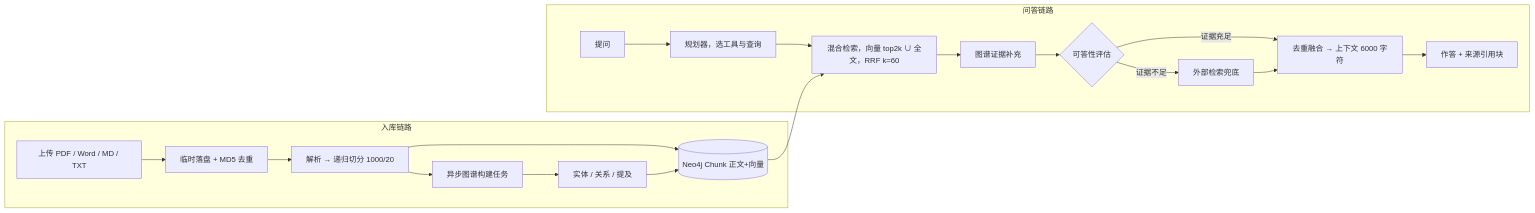
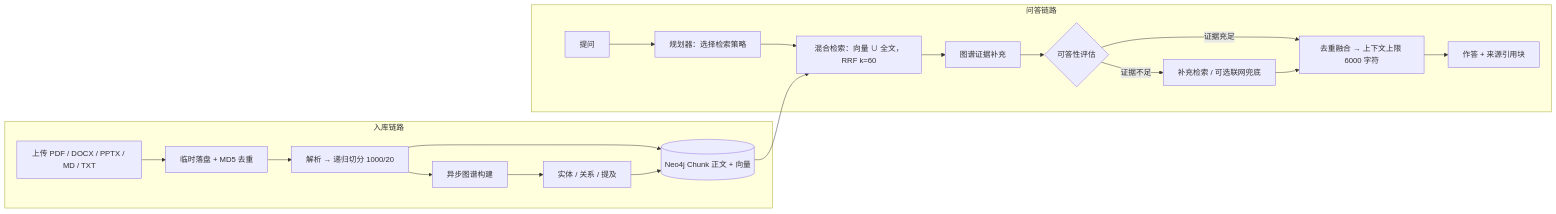
Before and after one commit to li202412/zhiku: the diagram in README.md, drawn with Mermaid. The commit also changed other lines of this file, not shown here.

````diff
--- a/README.md
+++ b/README.md
@@ -13,24 +48,24 @@
 ```mermaid
 flowchart LR
   subgraph ingest[入库链路]
-    A[上传 PDF / Word / MD / TXT] --> B[临时落盘 + MD5 去重]
+    A[上传 PDF / DOCX / PPTX / MD / TXT] --> B[临时落盘 + MD5 去重]
     B --> C[解析 → 递归切分 1000/20]
-    C --> D[(Neo4j Chunk 正文+向量)]
-    C --> E[异步图谱构建任务]
+    C --> D[(Neo4j Chunk 正文 + 向量)]
+    C --> E[异步图谱构建]
     E --> F[实体 / 关系 / 提及]
     F --> D
   end
 
   subgraph qa[问答链路]
-    Q[提问] --> P[规划器，选工具与查询]
-    P --> R[混合检索，向量 top2k ∪ 全文，RRF k=60]
+    Q[提问] --> P[规划器：选择检索策略]
+    P --> R[混合检索：向量 ∪ 全文，RRF k=60]
     R --> G[图谱证据补充]
     G --> V{可答性评估}
-    V -- 证据不足 --> W[外部检索兜底]
-    V -- 证据充足 --> S[去重融合 → 上下文 6000 字符]
+    V -- 证据不足 --> W[补充检索 / 可选联网兜底]
+    V -- 证据充足 --> S[去重融合 → 上下文上限 6000 字符]
     W --> S
     S --> M[作答 + 来源引用块]
   end
 
   D --> R
 ```
````
